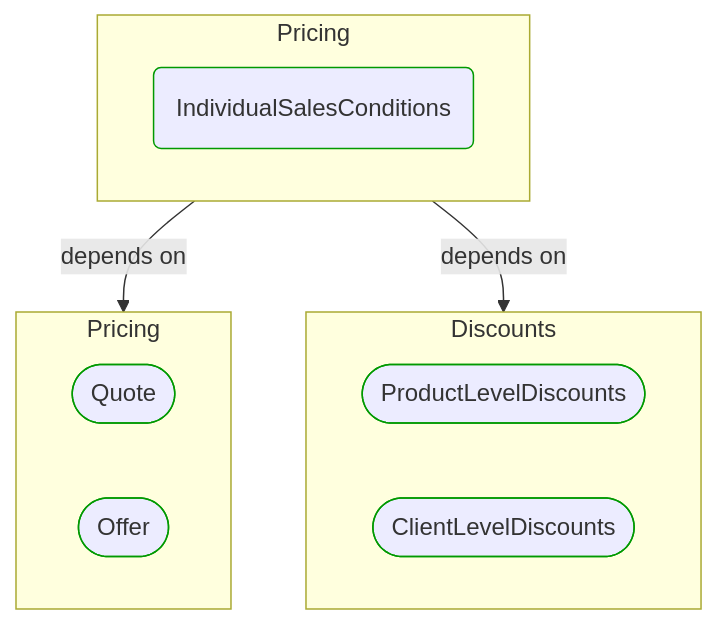
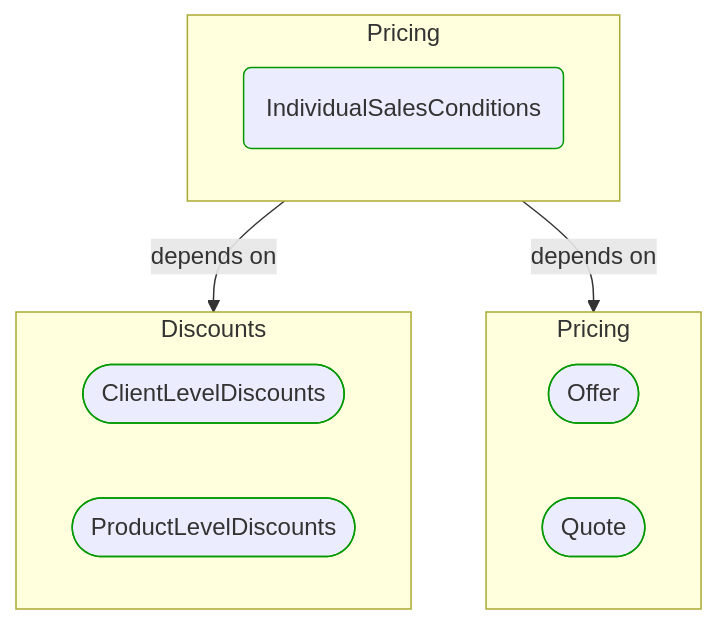
One commit to itlibrium/DDD-starter-dotnet changed the diagram in Docs/P3/MermaidOutput/BuildingBlocks/Sales/Pricing/IndividualSalesConditions.md. Above: the diagram before and after it, drawn with Mermaid. The commit also changed 78 other files, not shown here.

````diff
--- a/Docs/P3/MermaidOutput/BuildingBlocks/Sales/Pricing/IndividualSalesConditions.md
+++ b/Docs/P3/MermaidOutput/BuildingBlocks/Sales/Pricing/IndividualSalesConditions.md
@@ -18,24 +18,24 @@
 ```mermaid
   flowchart TB
     subgraph 0["Pricing"]
       1(IndividualSalesConditions)
       class 1 DomainPerspective
     end
-    subgraph 2["Pricing"]
-      3([Quote])
+    subgraph 2["Discounts"]
+      3([ClientLevelDiscounts])
       class 3 DomainPerspective
-      4([Offer])
+      4([ProductLevelDiscounts])
       class 4 DomainPerspective
     end
-    subgraph 5["Discounts"]
-      6([ProductLevelDiscounts])
+    subgraph 5["Pricing"]
+      6([Offer])
       class 6 DomainPerspective
-      7([ClientLevelDiscounts])
+      7([Quote])
       class 7 DomainPerspective
     end
     0-->|depends on|2
     0-->|depends on|5
     classDef DomainPerspective stroke:#009900
     classDef TechnologyPerspective stroke:#1F41EB
     classDef PeoplePerspective stroke:#FFF014
 ```
````
